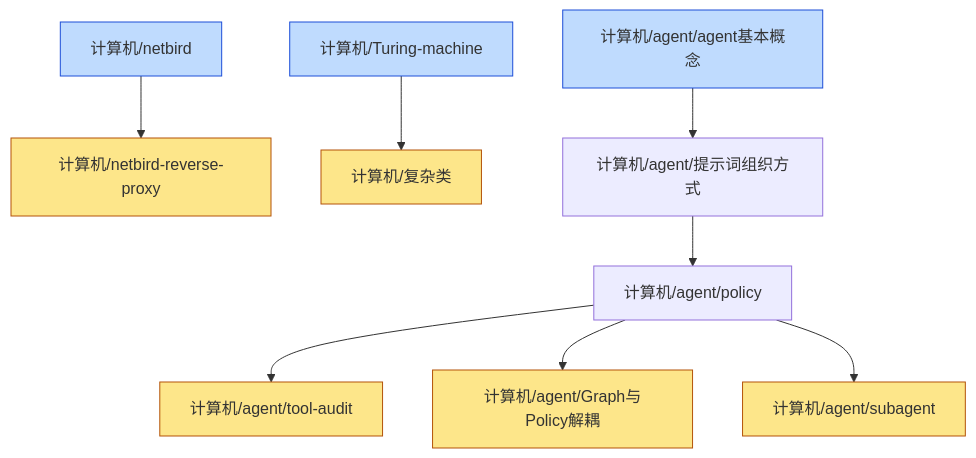
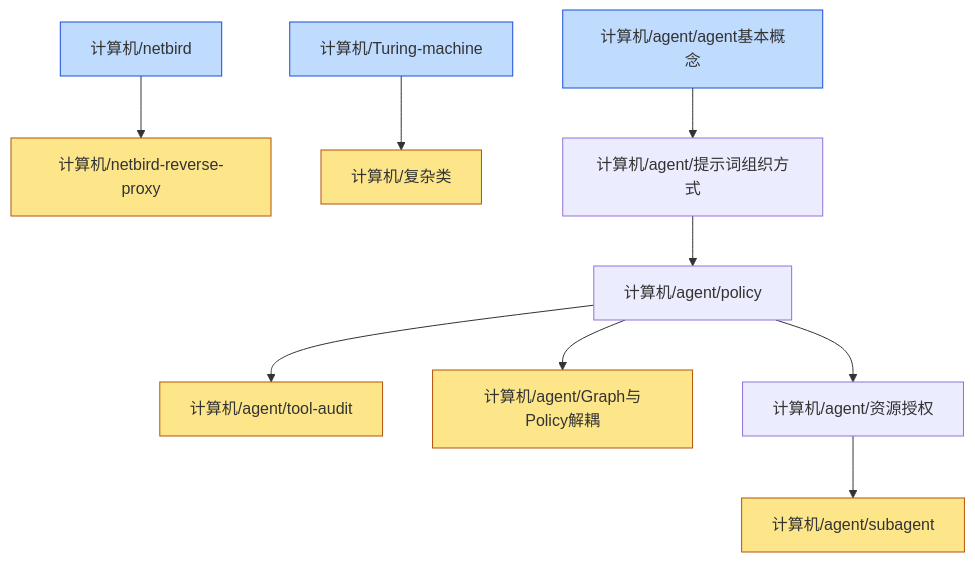
Before and after one commit to zeroDtree/zeroDtree.github.io: the diagram in content/计算机/dependency_graph.md, drawn with Mermaid. The commit also changed 3 other files, not shown here.

````diff
--- a/content/计算机/dependency_graph.md
+++ b/content/计算机/dependency_graph.md
@@ -1,14 +1,15 @@
 ```mermaid
 graph TD
 1["计算机/netbird"] --> 0["计算机/netbird-reverse-proxy"]
 3["计算机/Turing-machine"] --> 2["计算机/复杂类"]
 5["计算机/agent/policy"] --> 4["计算机/agent/tool-audit"]
 5["计算机/agent/policy"] --> 6["计算机/agent/Graph与Policy解耦"]
-5["计算机/agent/policy"] --> 7["计算机/agent/subagent"]
-9["计算机/agent/agent基本概念"] --> 8["计算机/agent/提示词组织方式"]
-8["计算机/agent/提示词组织方式"] --> 5["计算机/agent/policy"]
+8["计算机/agent/资源授权"] --> 7["计算机/agent/subagent"]
+10["计算机/agent/agent基本概念"] --> 9["计算机/agent/提示词组织方式"]
+9["计算机/agent/提示词组织方式"] --> 5["计算机/agent/policy"]
+5["计算机/agent/policy"] --> 8["计算机/agent/资源授权"]
 classDef leaf fill:#fde68a,stroke:#b45309
 class 0,2,4,6,7 leaf
 classDef root fill:#bfdbfe,stroke:#1d4ed8
-class 1,3,9 root
+class 1,3,10 root
 ```
````
